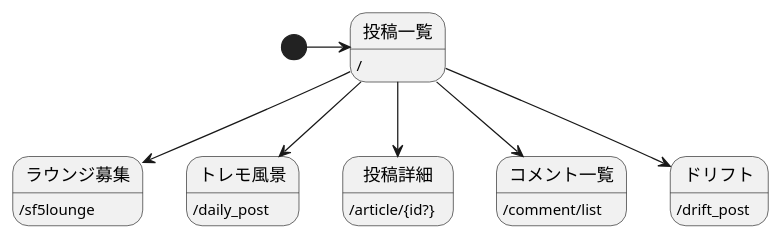
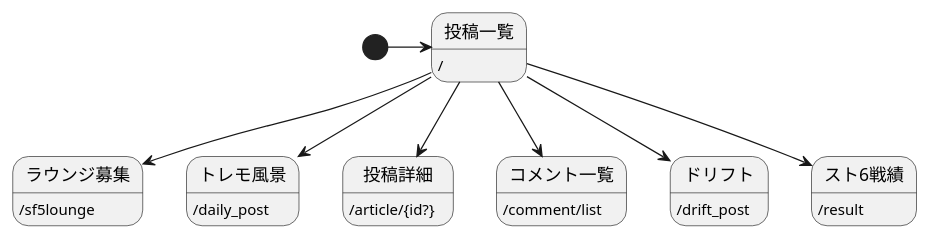
Before and after one commit to hellzkustom/PlantUml: the diagram in フロント部画面遷移図.pu, drawn with PlantUML.

Commit message:
スト６戦績を追加

```diff
--- a/フロント部画面遷移図.pu
+++ b/フロント部画面遷移図.pu
@@ -1,26 +1,28 @@
 @startuml
 
 [*] -> 投稿一覧
 
 
 
 投稿一覧 --> ラウンジ募集
 投稿一覧 --> トレモ風景
 
 投稿一覧 --> 投稿詳細
 投稿一覧 --> コメント一覧
 投稿一覧 --> ドリフト
+投稿一覧 --> スト6戦績
 
 
 コメント一覧:/comment/list
+スト6戦績:/result
 
 投稿一覧 : /
 
 ドリフト:/drift_post
 
 ラウンジ募集 : /sf5lounge
 トレモ風景 : /daily_post
 投稿詳細 : /article/{id?}
 
 
 @enduml
```
